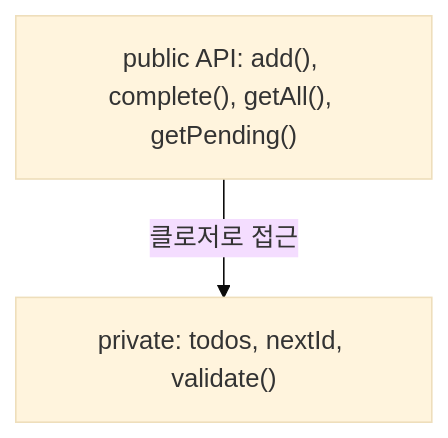
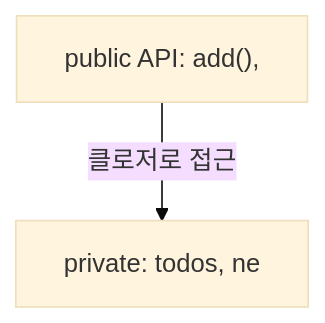
Before and after one commit to yjkim2015/yjkim2015.github.io: the fourth of 8 diagrams in _posts/frontend/2026-05-02-js-closure.md, drawn with Mermaid (base theme). The commit also changed other lines of this file and 271 other files, not shown here.

First line of the commit message:
Mermaid 라벨 축소: 긴 노드 텍스트 18자 이하로 트림 + \n 제거

````diff
--- a/_posts/frontend/2026-05-02-js-closure.md
+++ b/_posts/frontend/2026-05-02-js-closure.md
@@ -221,6 +221,6 @@
 ```mermaid
 graph TD
-    PRIV["private: todos, nextId, validate()"]
-    PUB["public API: add(), complete(), getAll(), getPending()"]
+    PRIV["private: todos, ne"]
+    PUB["public API: add(),"]
     PUB -->|"클로저로 접근"| PRIV
 ```
````
